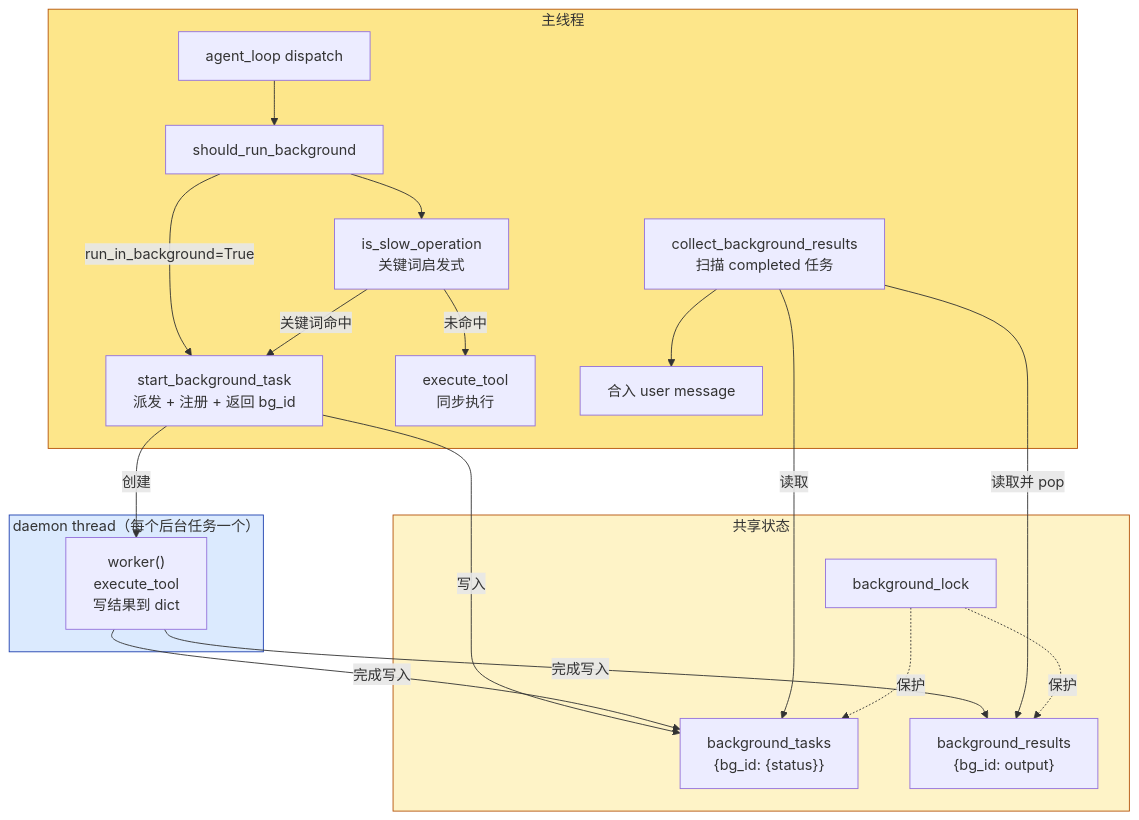
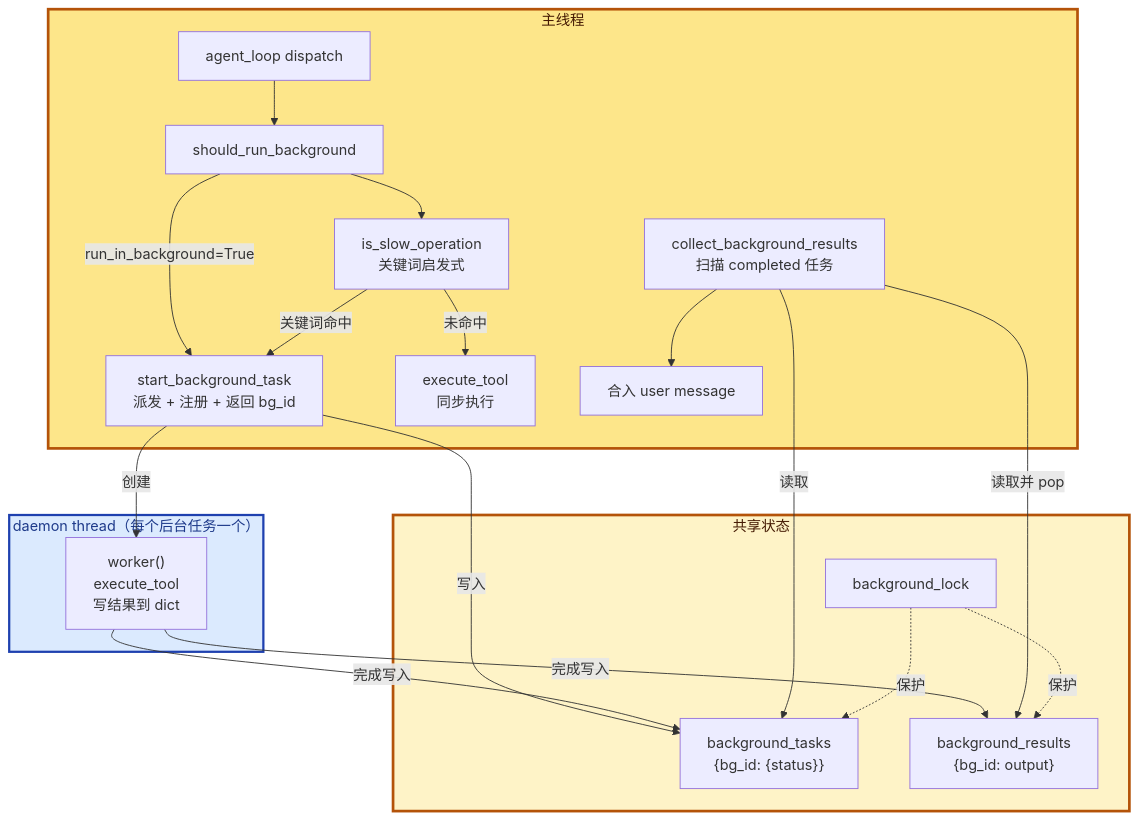
The fourth of 5 diagrams in Agent/Harness/Claude Code/Phase 4 - 长时间任务/13 - Background Tasks.md (PyrePuin/From-Zero-LLM-Agent-Infra-Notes), drawn with Mermaid before and after one commit. The commit also changed other lines of this file and 23 other files, not shown here.

First line of the commit message:
refactor(mermaid): 统一所有图的视觉规范

````diff
--- a/Agent/Harness/Claude Code/Phase 4 - 长时间任务/13 - Background Tasks.md
+++ b/Agent/Harness/Claude Code/Phase 4 - 长时间任务/13 - Background Tasks.md
@@ -300,44 +303,45 @@
 ```mermaid
+%%{init: {'themeVariables': {'fontSize': '16px', 'fontFamily': 'ui-sans-serif, system-ui, -apple-system, "Segoe UI", Roboto, sans-serif'}}}%%
 flowchart TB
     subgraph Main["主线程"]
         Loop["agent_loop dispatch"]
         Check["should_run_background"]
         Slow["is_slow_operation<br/>关键词启发式"]
         Start["start_background_task<br/>派发 + 注册 + 返回 bg_id"]
         Exec["execute_tool<br/>同步执行"]
         Collect["collect_background_results<br/>扫描 completed 任务"]
         Inject["合入 user message"]
     end
 
     subgraph Daemon["daemon thread（每个后台任务一个）"]
         Worker["worker()<br/>execute_tool<br/>写结果到 dict"]
     end
 
     subgraph Shared["共享状态"]
         BT["background_tasks<br/>{bg_id: {status}}"]
         BR["background_results<br/>{bg_id: output}"]
         Lock["background_lock"]
     end
 
     Loop --> Check
     Check --> Slow
     Check -->|"run_in_background=True"| Start
     Slow -->|"关键词命中"| Start
     Slow -->|"未命中"| Exec
 
     Start -->|"写入"| BT
     Start -->|"创建"| Worker
     Worker -->|"完成写入"| BT
     Worker -->|"完成写入"| BR
 
     Collect -->|"读取"| BT
     Collect -->|"读取并 pop"| BR
     Collect --> Inject
 
     Lock -.->|"保护"| BT
     Lock -.->|"保护"| BR
 
-    style Main fill:#fde68a,stroke:#b45309
-    style Daemon fill:#dbeafe,stroke:#1e40af
-    style Shared fill:#fef3c7,stroke:#b45309
+    style Main fill:#fde68a,stroke:#b45309,stroke-width:3px,color:#451a03
+    style Daemon fill:#dbeafe,stroke:#1e40af,stroke-width:2.5px,color:#1e3a8a
+    style Shared fill:#fef3c7,stroke:#b45309,stroke-width:3px,color:#451a03
 ```
````
